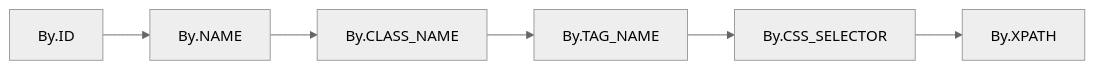
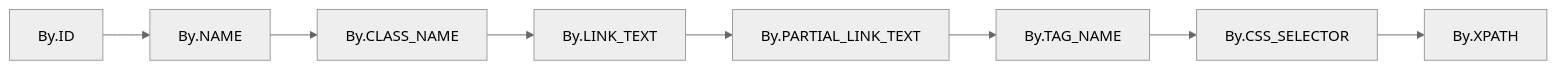
Before and after one commit to xf-knowledge/test-automation: the diagram in docs/chapter2/locator.md, drawn with Mermaid (neutral theme). The commit also changed other lines of this file and 18 other files, not shown here.

````diff
--- a/docs/chapter2/locator.md
+++ b/docs/chapter2/locator.md
@@ -6,8 +26,10 @@
 ```mermaid
 graph LR
-    ID[By.ID] --> NAME[By.NAME]
-    NAME --> CLASS_NAME[By.CLASS_NAME]
-    CLASS_NAME --> TAG_NAME[By.TAG_NAME]
-    TAG_NAME --> CSS_SELECTOR[By.CSS_SELECTOR]
-    CSS_SELECTOR --> XPATH[By.XPATH]
+    A[By.ID] --> B[By.NAME]
+    B --> C[By.CLASS_NAME]
+    C --> D[By.LINK_TEXT]
+    D --> E[By.PARTIAL_LINK_TEXT]
+    E --> F[By.TAG_NAME]
+    F --> G[By.CSS_SELECTOR]
+    G --> H[By.XPATH]
 ```
````
